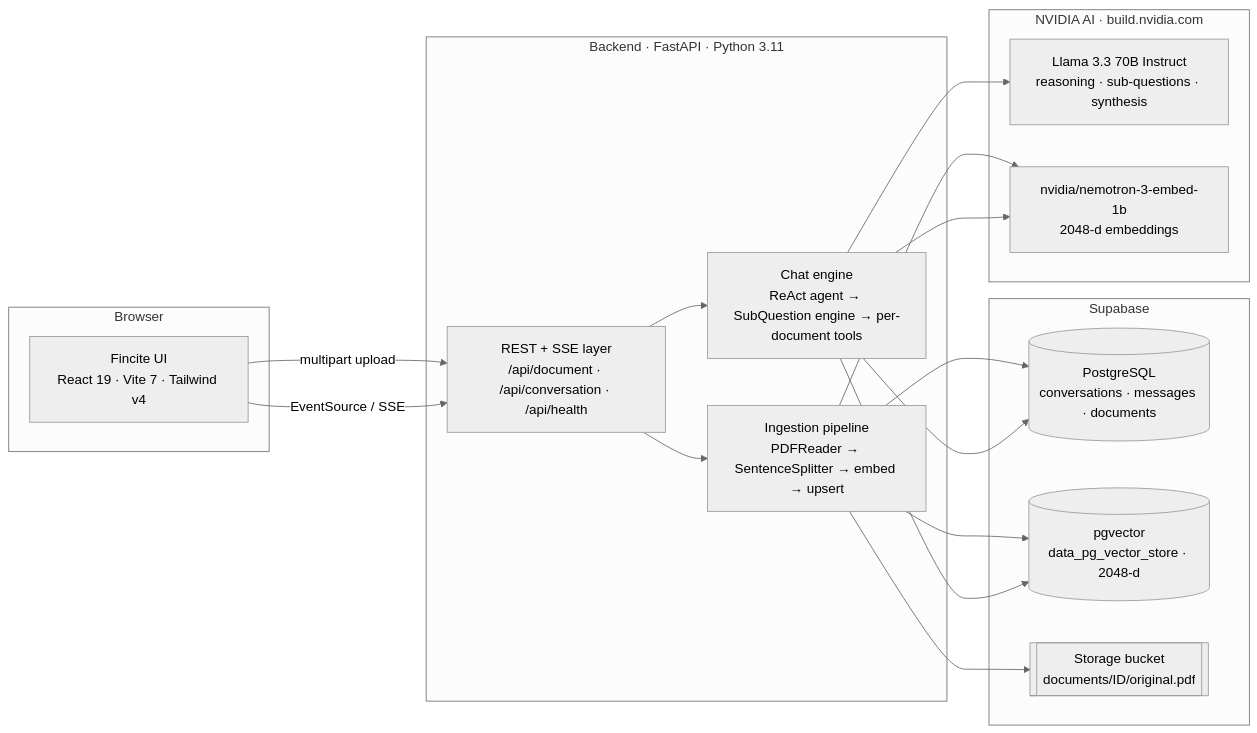
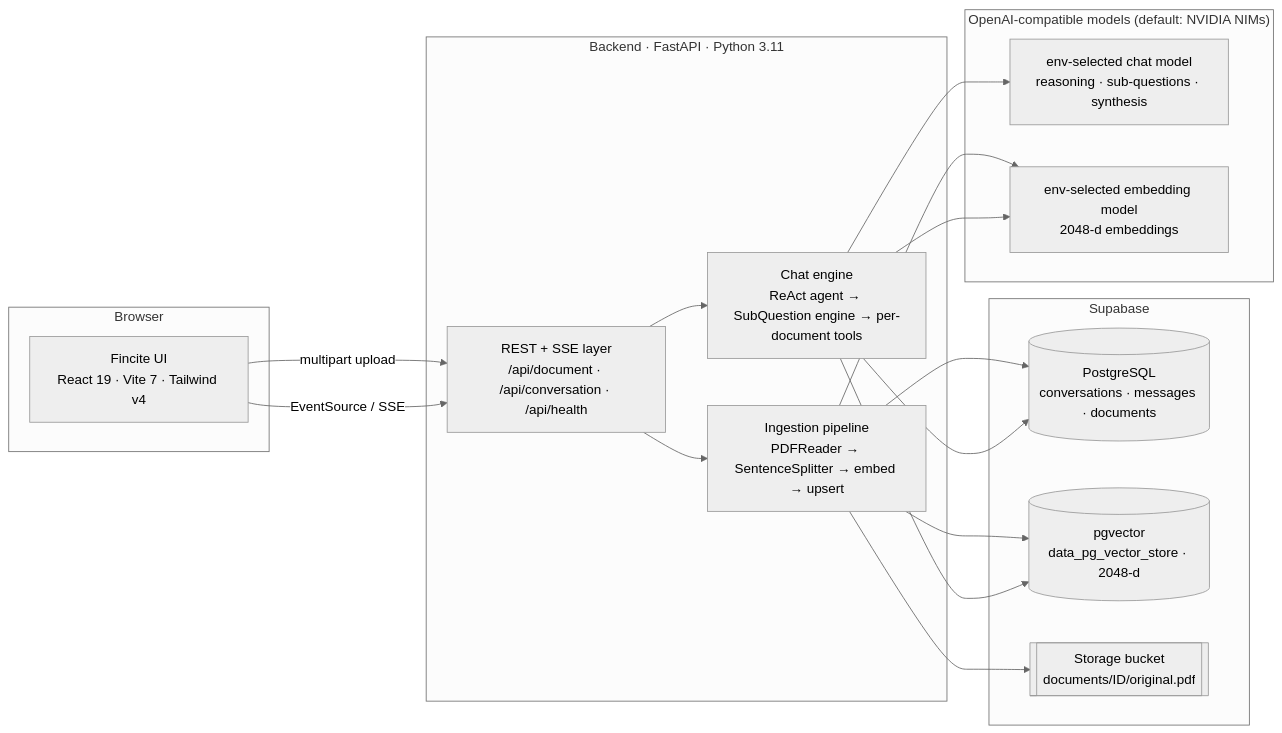
One commit to ajinkyad015/fincite changed the first of 3 diagrams in README.md. Above: the diagram before and after it, drawn with Mermaid (neutral theme). The commit also changed other lines of this file and 28 other files, not shown here.

````diff
--- a/README.md
+++ b/README.md
@@ -88,36 +88,36 @@
 ```mermaid
 flowchart LR
     subgraph Client["Browser"]
         UI["Fincite UI<br/>React 19 · Vite 7 · Tailwind v4"]
     end
 
     subgraph API["Backend · FastAPI · Python 3.11"]
         R["REST + SSE layer<br/>/api/document · /api/conversation · /api/health"]
         ING["Ingestion pipeline<br/>PDFReader → SentenceSplitter → embed → upsert"]
         ENG["Chat engine<br/>ReAct agent → SubQuestion engine → per-document tools"]
     end
 
     subgraph Supabase["Supabase"]
         PG[("PostgreSQL<br/>conversations · messages · documents")]
         VEC[("pgvector<br/>data_pg_vector_store · 2048-d")]
         ST[["Storage bucket<br/>documents/ID/original.pdf"]]
     end
 
-    subgraph Nvidia["NVIDIA AI · build.nvidia.com"]
-        LLM["Llama 3.3 70B Instruct<br/>reasoning · sub-questions · synthesis"]
-        EMB["nvidia/nemotron-3-embed-1b<br/>2048-d embeddings"]
+    subgraph Nvidia["OpenAI-compatible models (default: NVIDIA NIMs)"]
+        LLM["env-selected chat model<br/>reasoning · sub-questions · synthesis"]
+        EMB["env-selected embedding model<br/>2048-d embeddings"]
     end
 
     UI -- "multipart upload" --> R
     UI -- "EventSource / SSE" --> R
     R --> ING
     R --> ENG
     ING --> ST
     ING --> EMB
     ING --> VEC
     ING --> PG
     ENG --> VEC
     ENG --> LLM
     ENG --> EMB
     ENG --> PG
 ```
````
